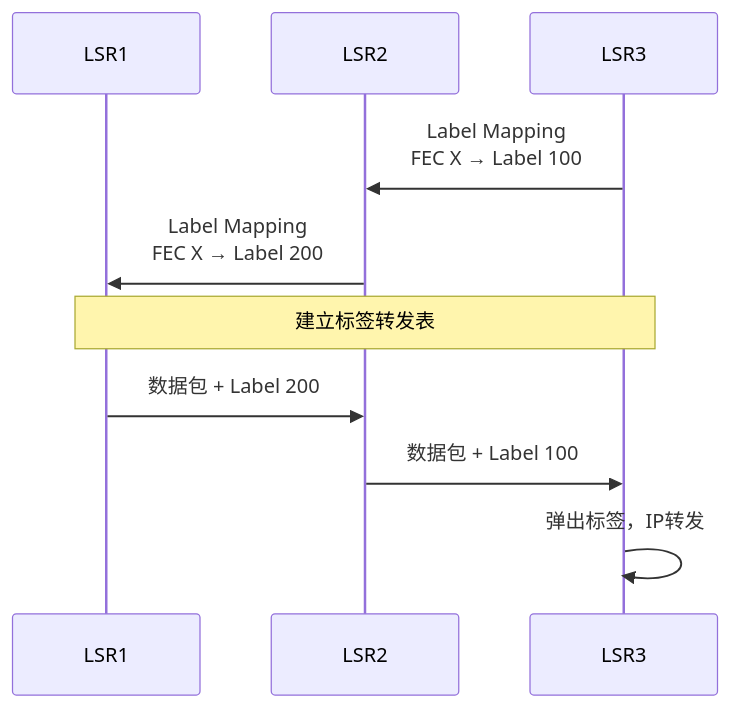
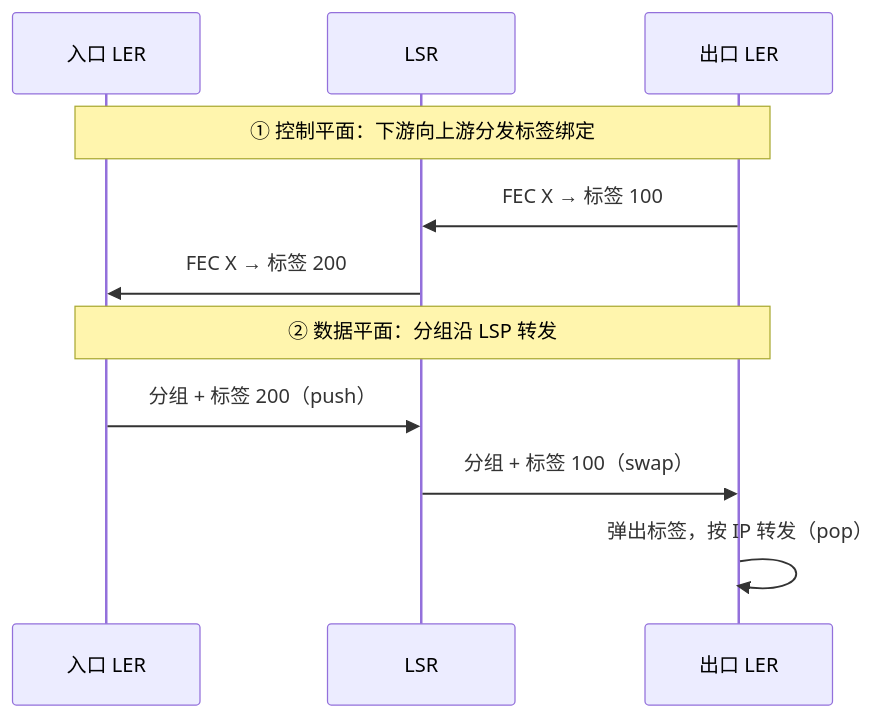
One commit to Dtheme/CS-base changed the first of 2 diagrams in 计算机网络/6.5链路层：链路虚拟化.md. Above: the diagram before and after it, drawn with Mermaid. The commit also changed other lines of this file and 51 other files, not shown here.

````diff
--- a/计算机网络/6.5链路层：链路虚拟化.md
+++ b/计算机网络/6.5链路层：链路虚拟化.md
@@ -112,15 +118,15 @@
 ```mermaid
 sequenceDiagram
-    participant LSR1
-    participant LSR2
-    participant LSR3
-    
-    LSR3->>LSR2: Label Mapping<br/>FEC X → Label 100
-    LSR2->>LSR1: Label Mapping<br/>FEC X → Label 200
-    
-    Note over LSR1,LSR3: 建立标签转发表
-    
-    LSR1->>LSR2: 数据包 + Label 200
-    LSR2->>LSR3: 数据包 + Label 100
-    LSR3->>LSR3: 弹出标签，IP转发
+    participant LER1 as 入口 LER
+    participant LSR as LSR
+    participant LER2 as 出口 LER
+
+    Note over LER1,LER2: ① 控制平面：下游向上游分发标签绑定
+    LER2->>LSR: FEC X → 标签 100
+    LSR->>LER1: FEC X → 标签 200
+
+    Note over LER1,LER2: ② 数据平面：分组沿 LSP 转发
+    LER1->>LSR: 分组 + 标签 200（push）
+    LSR->>LER2: 分组 + 标签 100（swap）
+    LER2->>LER2: 弹出标签，按 IP 转发（pop）
 ```
````
